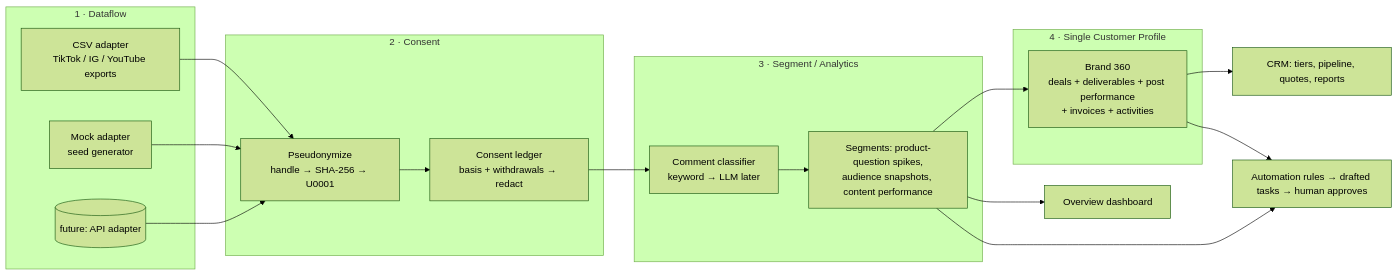
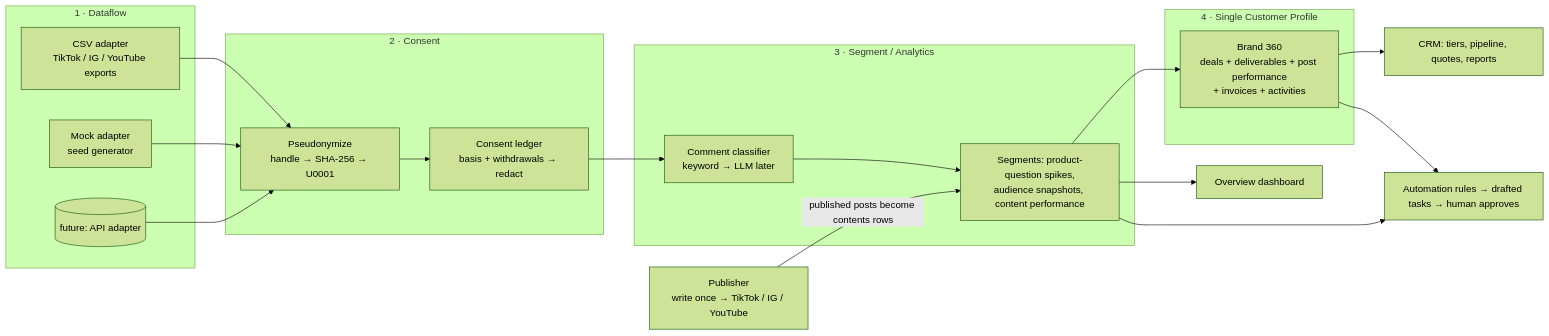
Before and after one commit to natdanice/Creator-OS: the first of 2 diagrams in README.md, drawn with Mermaid (forest theme). The commit also changed other lines of this file and 55 other files, not shown here.

````diff
--- a/README.md
+++ b/README.md
@@ -39,23 +43,24 @@
 ```mermaid
 flowchart LR
   subgraph S1["1 · Dataflow"]
     A1[CSV adapter<br/>TikTok / IG / YouTube exports]
     A2[Mock adapter<br/>seed generator]
     A3[(future: API adapter)]
   end
   subgraph S2["2 · Consent"]
     P[Pseudonymize<br/>handle → SHA-256 → U0001]
     C[Consent ledger<br/>basis + withdrawals → redact]
   end
   subgraph S3["3 · Segment / Analytics"]
     K[Comment classifier<br/>keyword → LLM later]
     G[Segments: product-question spikes,<br/>audience snapshots, content performance]
   end
   subgraph S4["4 · Single Customer Profile"]
     B[Brand 360<br/>deals + deliverables + post performance<br/>+ invoices + activities]
   end
   A1 & A2 & A3 --> P --> C --> K --> G --> B
   G --> O[Overview dashboard]
+  PB[Publisher<br/>write once → TikTok / IG / YouTube] -- "published posts become contents rows" --> G
   B --> R[CRM: tiers, pipeline, quotes, reports]
   G & B --> X[Automation rules → drafted tasks → human approves]
 ```
````
